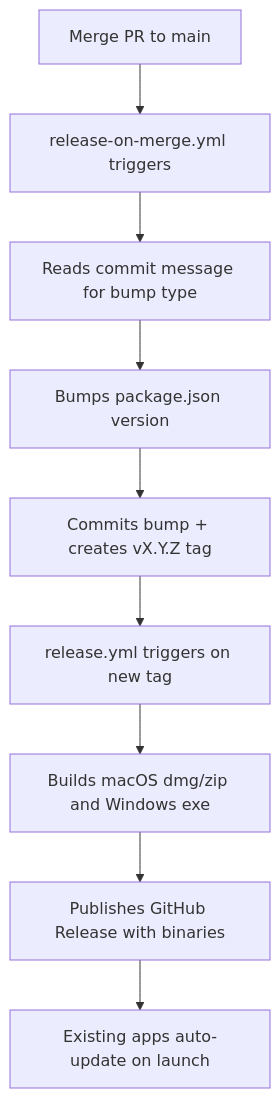
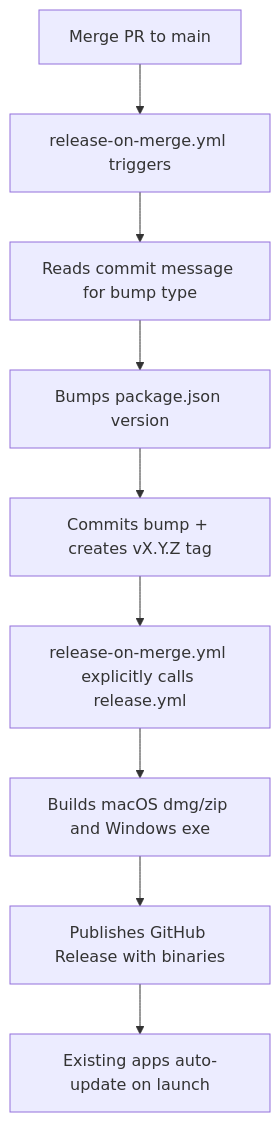
One commit to JLeshnick/Labyrinth-Game-Solver changed the diagram in DEVELOPMENT_AND_RELEASES.md. Above: the diagram before and after it, drawn with Mermaid. The commit also changed other lines of this file, not shown here.

````diff
--- a/DEVELOPMENT_AND_RELEASES.md
+++ b/DEVELOPMENT_AND_RELEASES.md
@@ -58,11 +58,11 @@
 ```mermaid
 graph TD
     A[Merge PR to main] --> B[release-on-merge.yml triggers]
     B --> C[Reads commit message for bump type]
     C --> D[Bumps package.json version]
     D --> E[Commits bump + creates vX.Y.Z tag]
-    E --> F[release.yml triggers on new tag]
+    E --> F[release-on-merge.yml explicitly calls release.yml]
     F --> G[Builds macOS dmg/zip and Windows exe]
     G --> H[Publishes GitHub Release with binaries]
     H --> I[Existing apps auto-update on launch]
 ```
````
